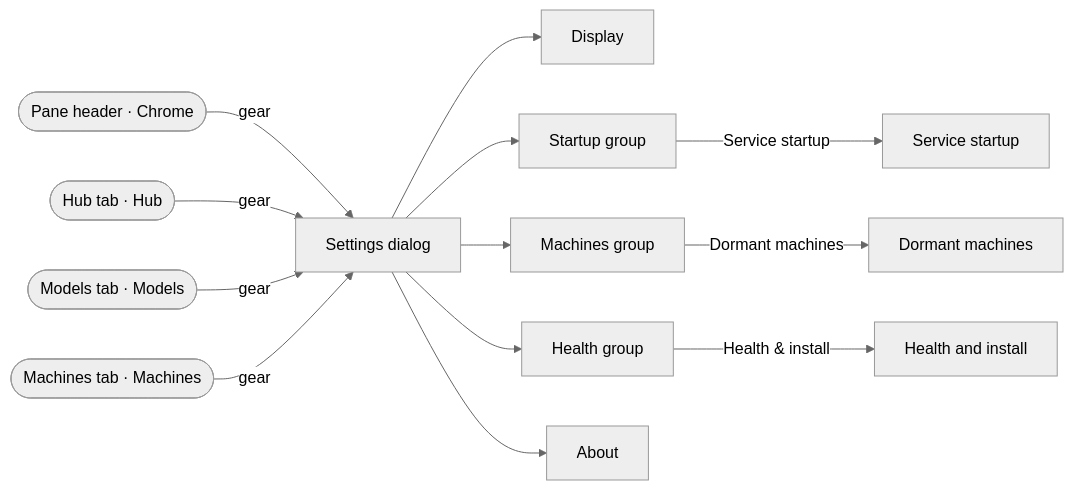
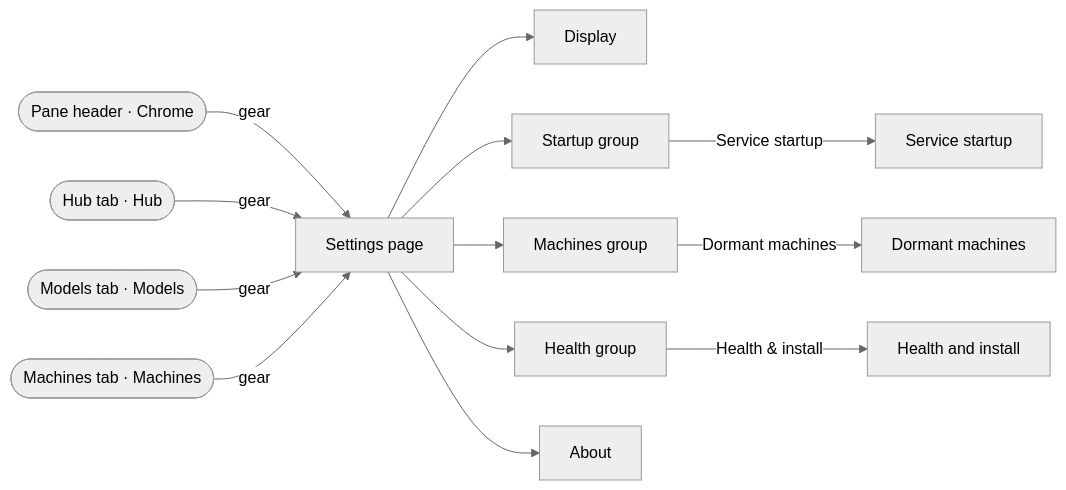
The seventh of 8 diagrams in docs/ux-surface-map.md (ferraroroberto/local-llm-hub), drawn with Mermaid (neutral theme) before and after one commit. The commit also changed other lines of this file and 10 other files, not shown here.

````diff
--- a/docs/ux-surface-map.md
+++ b/docs/ux-surface-map.md
@@ -1243,28 +1243,28 @@
 ```mermaid
 flowchart LR
-  s72["Settings dialog"]
+  s72["Settings page"]
   s73["Display"]
   s74["Startup group"]
   s75["Service startup"]
   s76["Machines group"]
   s77["Dormant machines"]
   s78["Health group"]
   s79["Health and install"]
   s80["About"]
   s1(["Pane header · Chrome"])
   s8(["Hub tab · Hub"])
   s19(["Models tab · Models"])
   s60(["Machines tab · Machines"])
   s1 -->|"gear"| s72
   s8 -->|"gear"| s72
   s19 -->|"gear"| s72
   s60 -->|"gear"| s72
   s72 --> s73
   s72 --> s74
   s72 --> s76
   s72 --> s78
   s72 --> s80
   s74 -->|"Service startup"| s75
   s76 -->|"Dormant machines"| s77
   s78 -->|"Health & install"| s79
 ```
````
